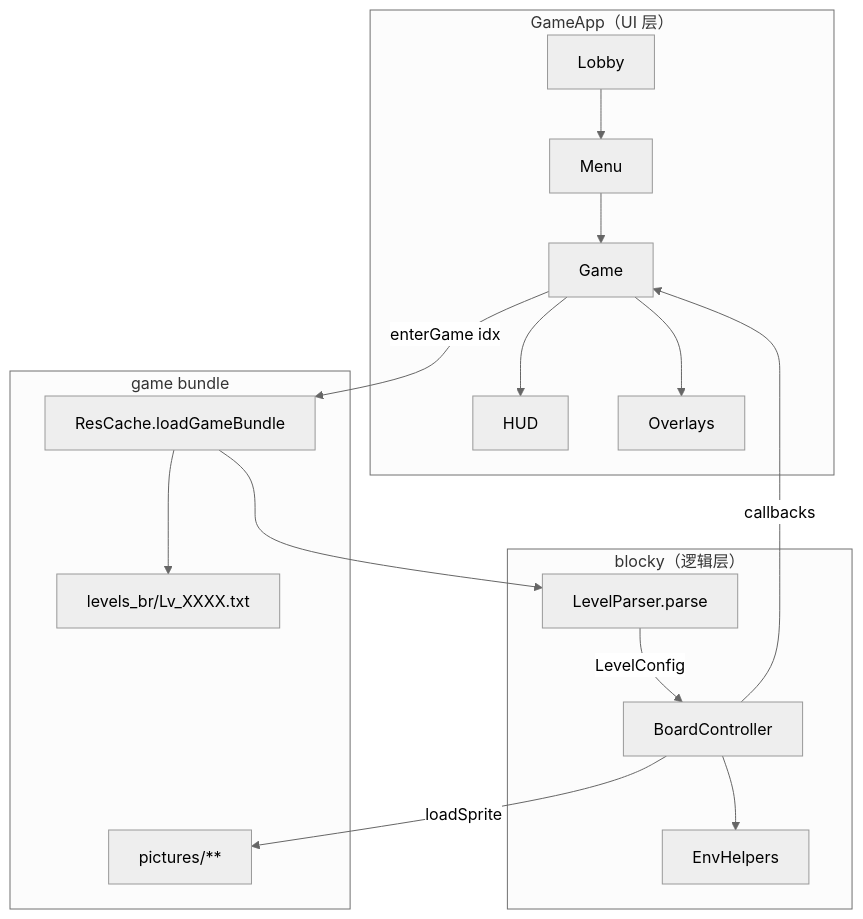
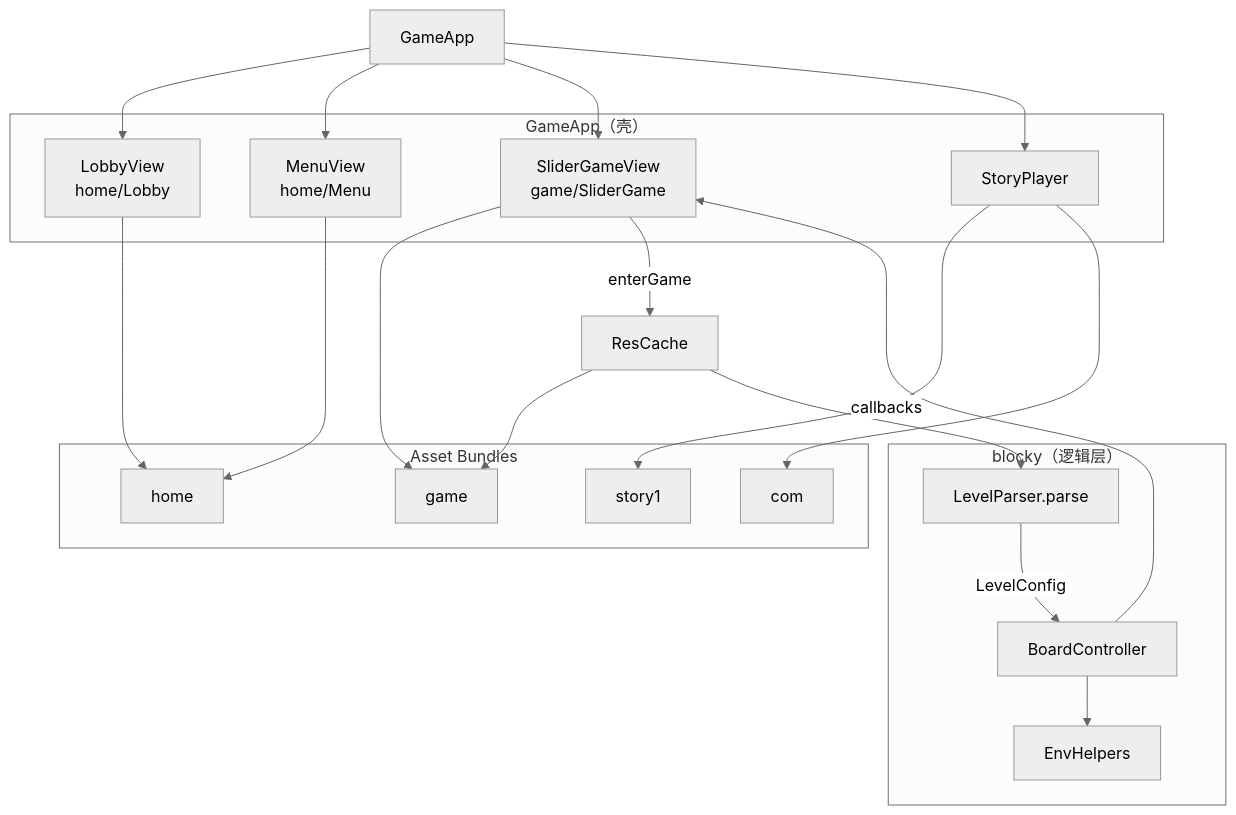
One commit to ckmckmCKM/slider_cocos changed the diagram in docs/ARCHITECTURE.md. Above: the diagram before and after it, drawn with Mermaid (neutral theme). The commit also changed other lines of this file and 37 other files, not shown here.

````diff
--- a/docs/ARCHITECTURE.md
+++ b/docs/ARCHITECTURE.md
@@ -69,28 +89,34 @@
 ```mermaid
 flowchart TB
-  subgraph UI["GameApp（UI 层）"]
-    Lobby --> Menu --> Game
-    Game --> HUD
-    Game --> Overlays
+  subgraph UI["GameApp（壳）"]
+    Lobby["LobbyView\nhome/Lobby"]
+    Menu["MenuView\nhome/Menu"]
+    Game["SliderGameView\ngame/SliderGame"]
+    Story["StoryPlayer"]
   end
 
   subgraph Core["blocky（逻辑层）"]
     LP[LevelParser.parse]
     BC[BoardController]
     EH[EnvHelpers]
   end
 
-  subgraph Data["game bundle"]
-    TXT["levels_br/Lv_XXXX.txt"]
-    RC[ResCache.loadGameBundle]
-    PIC["pictures/**"]
+  subgraph Bundles["Asset Bundles"]
+    HOME[home]
+    GAME[game]
+    COM[com]
+    STORY[story1]
   end
 
-  Game -->|enterGame idx| RC
-  RC --> TXT
+  GameApp --> Lobby & Menu & Game & Story
+  Lobby --> HOME
+  Menu --> HOME
+  Game --> GAME
+  Story --> STORY & COM
+  Game -->|enterGame| RC[ResCache]
+  RC --> GAME
   RC --> LP
   LP -->|LevelConfig| BC
   BC --> EH
-  BC -->|loadSprite| PIC
   BC -->|callbacks| Game
 ```
````
